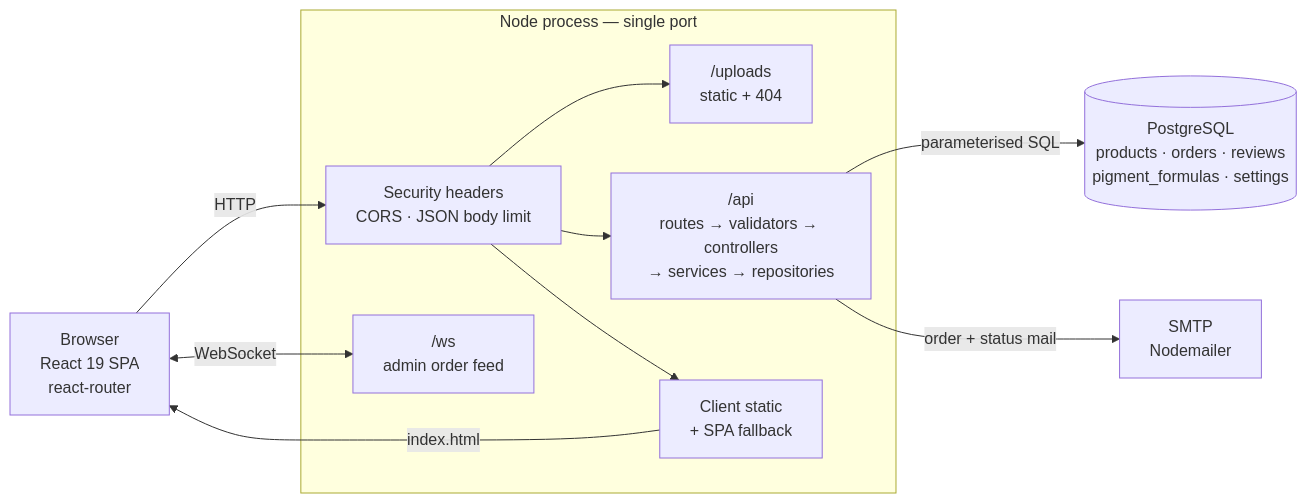
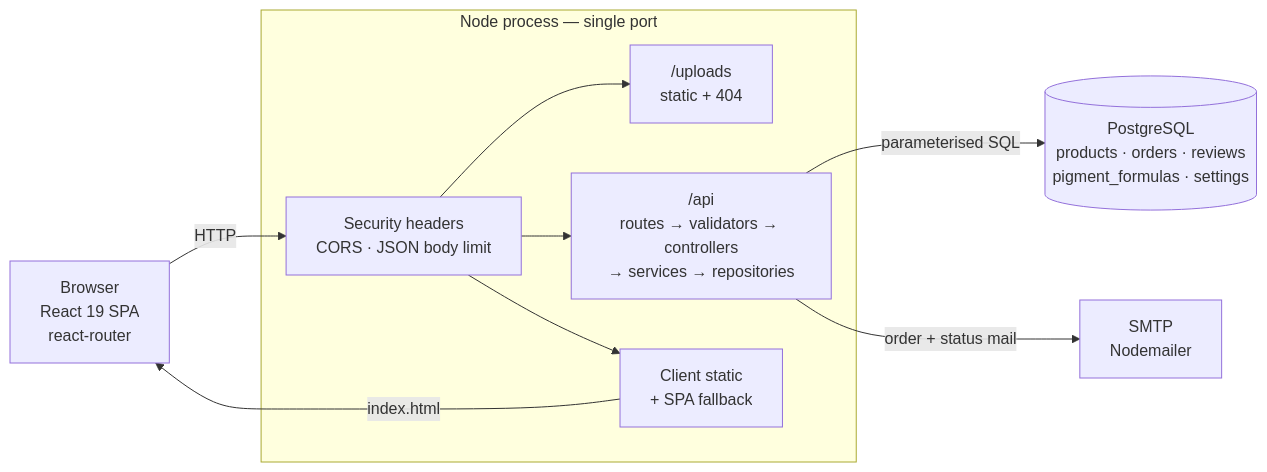
One commit to idand2459-dot/tamburia-store changed the diagram in README.md. Above: the diagram before and after it, drawn with Mermaid. The commit also changed other lines of this file and 20 other files, not shown here.

Commit message:
refactor(admin): complete WebSocket removal and polling tests

````diff
--- a/README.md
+++ b/README.md
@@ -116,24 +115,22 @@
 ```mermaid
 flowchart LR
     B["Browser<br/>React 19 SPA<br/>react-router"]
 
     subgraph S["Node process — single port"]
         H["Security headers<br/>CORS · JSON body limit"]
         U["/uploads<br/>static + 404"]
         A["/api<br/>routes → validators → controllers<br/>→ services → repositories"]
-        W["/ws<br/>admin order feed"]
         C["Client static<br/>+ SPA fallback"]
     end
 
     DB[("PostgreSQL<br/>products · orders · reviews<br/>pigment_formulas · settings")]
     M["SMTP<br/>Nodemailer"]
 
     B -->|"HTTP"| H
     H --> U
     H --> A
     H --> C
-    B <-->|"WebSocket"| W
     A -->|"parameterised SQL"| DB
     A -->|"order + status mail"| M
     C -->|"index.html"| B
 ```
````
